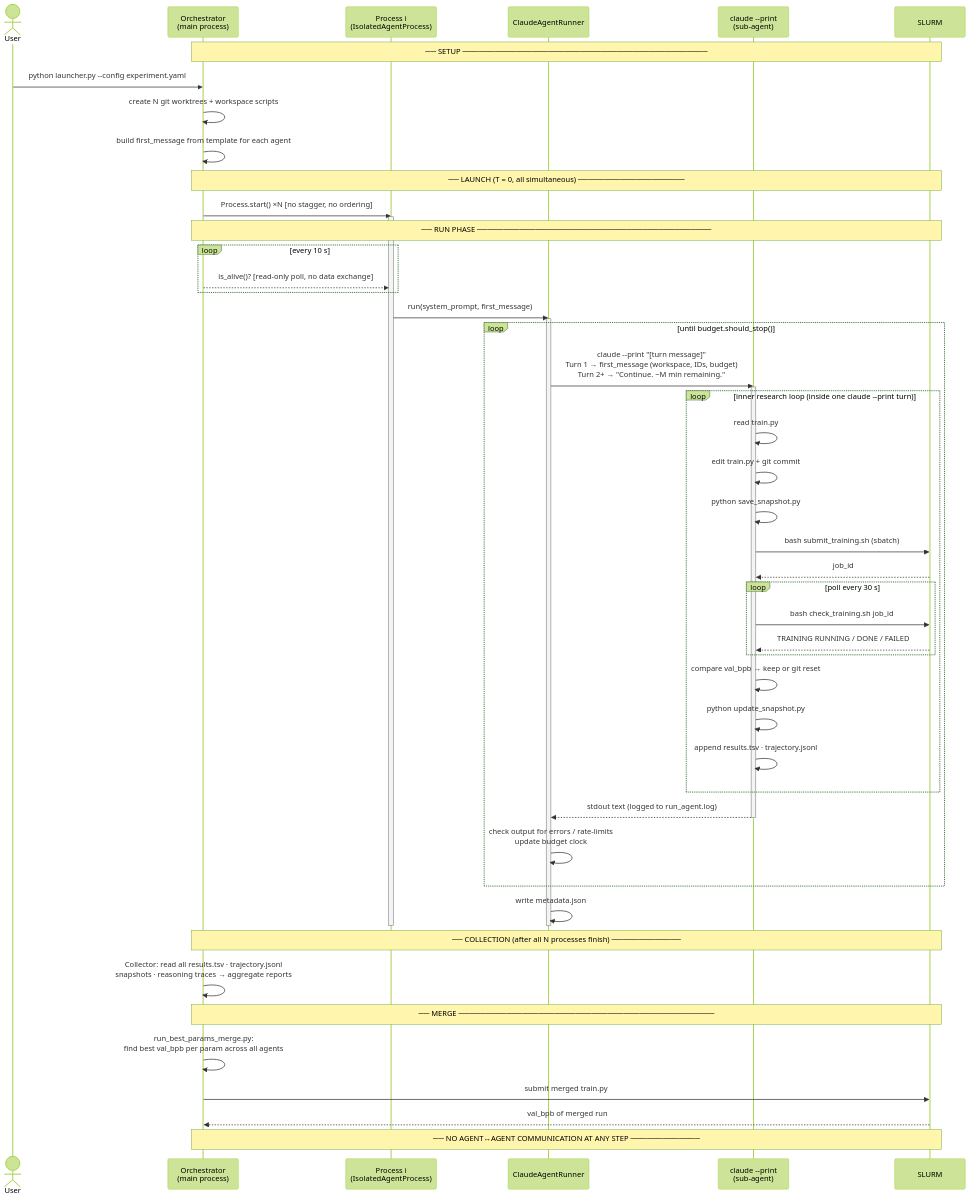
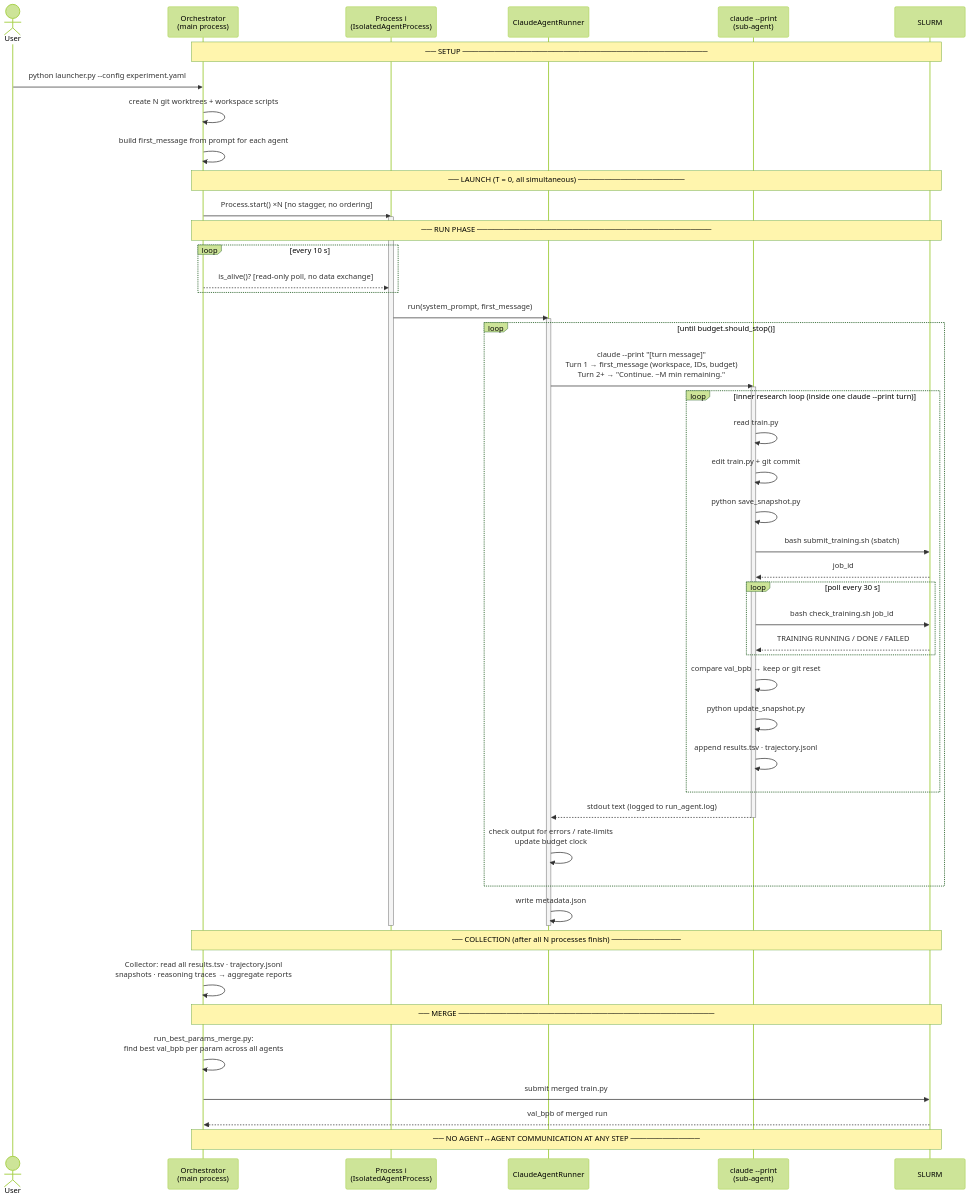
Before and after one commit to EmaRimoldi/agent-workflow-evaluation-lab: the second of 2 diagrams in docs/engineering/workflow_diagram.md, drawn with Mermaid (forest theme). The commit also changed 39 other files, not shown here.

````diff
--- a/docs/engineering/workflow_diagram.md
+++ b/docs/engineering/workflow_diagram.md
@@ -106,64 +106,64 @@
 ```mermaid
 sequenceDiagram
     actor User
     participant ORC  as Orchestrator<br/>(main process)
     participant PROCi as Process i<br/>(IsolatedAgentProcess)
     participant CAR  as ClaudeAgentRunner
     participant CLP  as claude --print<br/>(sub-agent)
     participant SLURM as SLURM
 
     Note over ORC,SLURM: ── SETUP ──────────────────────────────────────────────
     User ->> ORC: python launcher.py --config experiment.yaml
     ORC ->> ORC: create N git worktrees + workspace scripts
-    ORC ->> ORC: build first_message from template for each agent
+    ORC ->> ORC: build first_message from prompt for each agent
 
     Note over ORC,SLURM: ── LAUNCH (T = 0, all simultaneous) ────────────────────
     ORC ->> PROCi: Process.start()  ×N  [no stagger, no ordering]
     activate PROCi
 
     Note over ORC,SLURM: ── RUN PHASE ────────────────────────────────────────────
     loop every 10 s
         ORC -->> PROCi: is_alive()?   [read-only poll, no data exchange]
     end
 
     PROCi ->> CAR: run(system_prompt, first_message)
     activate CAR
 
     loop until budget.should_stop()
         CAR ->> CLP: claude --print "[turn message]"<br/>  Turn 1 → first_message (workspace, IDs, budget)<br/>  Turn 2+ → "Continue. ~M min remaining."
         activate CLP
 
         loop inner research loop (inside one claude --print turn)
             CLP ->> CLP: read train.py
             CLP ->> CLP: edit train.py  +  git commit
             CLP ->> CLP: python save_snapshot.py
             CLP ->> SLURM: bash submit_training.sh  (sbatch)
             SLURM -->> CLP: job_id
             loop poll every 30 s
                 CLP ->> SLURM: bash check_training.sh job_id
                 SLURM -->> CLP: TRAINING RUNNING / DONE / FAILED
             end
             CLP ->> CLP: compare val_bpb → keep or git reset
             CLP ->> CLP: python update_snapshot.py
             CLP ->> CLP: append results.tsv · trajectory.jsonl
         end
 
         CLP -->> CAR: stdout text  (logged to run_agent.log)
         deactivate CLP
         CAR ->> CAR: check output for errors / rate-limits<br/>update budget clock
     end
 
     CAR ->> CAR: write metadata.json
     deactivate CAR
     deactivate PROCi
 
     Note over ORC,SLURM: ── COLLECTION (after all N processes finish) ─────────────
     ORC ->> ORC: Collector: read all results.tsv · trajectory.jsonl<br/>snapshots · reasoning traces → aggregate reports
 
     Note over ORC,SLURM: ── MERGE ────────────────────────────────────────────────
     ORC ->> ORC: run_best_params_merge.py:<br/>find best val_bpb per param across all agents
     ORC ->> SLURM: submit merged train.py
     SLURM -->> ORC: val_bpb of merged run
 
     Note over ORC,SLURM: ── NO AGENT↔AGENT COMMUNICATION AT ANY STEP ─────────────
 ```
````
